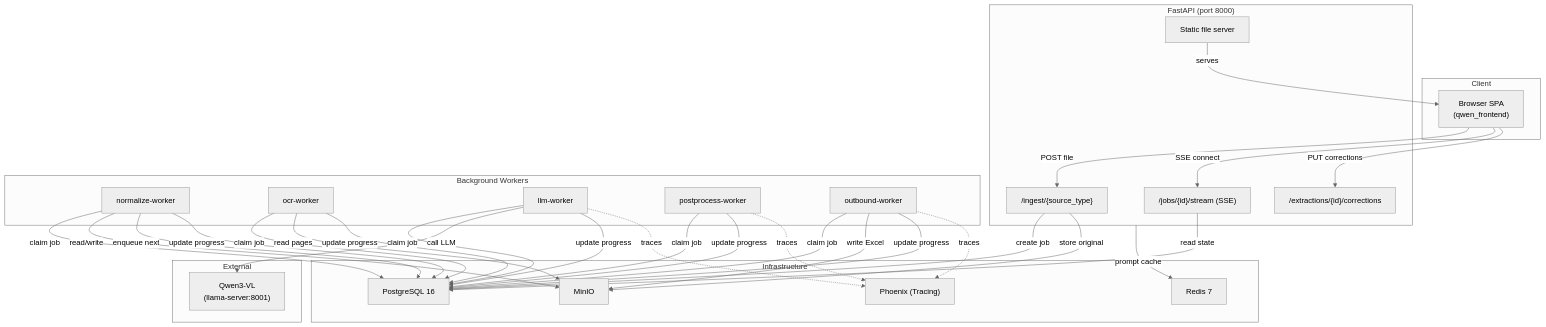
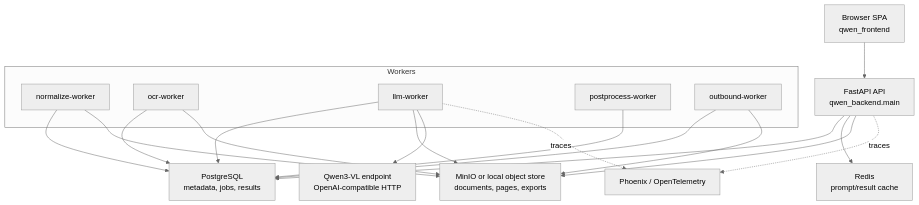
One commit to DeepakG-ai/Augemented_OCR_PaddleOCR_VL changed the first of 8 diagrams in spec.md. Above: the diagram before and after it, drawn with Mermaid (neutral theme). The commit also changed other lines of this file and 16 other files, not shown here.

````diff
--- a/spec.md
+++ b/spec.md
@@ -43,56 +55,30 @@
 ```mermaid
 graph TB
-    subgraph Client
-        UI["Browser SPA<br/>(qwen_frontend)"]
+    UI["Browser SPA<br/>qwen_frontend"] --> API["FastAPI API<br/>qwen_backend.main"]
+    API --> PG["PostgreSQL<br/>metadata, jobs, results"]
+    API --> RD["Redis<br/>prompt/result cache"]
+    API --> MN["MinIO or local object store<br/>documents, pages, exports"]
+
+    subgraph Workers
+        NW["normalize-worker"]
+        OW["ocr-worker"]
+        LW["llm-worker"]
+        PW["postprocess-worker"]
+        XW["outbound-worker"]
     end
 
-    subgraph API["FastAPI (port 8000)"]
-        INGEST["/ingest/{source_type}"]
-        STREAM["/jobs/{id}/stream (SSE)"]
-        REVIEW["/extractions/{id}/corrections"]
-        STATIC["Static file server"]
-    end
+    NW --> PG
+    OW --> PG
+    LW --> PG
+    PW --> PG
+    XW --> PG
 
-    subgraph Workers["Background Workers"]
-        W1["normalize-worker"]
-        W2["ocr-worker"]
-        W3["llm-worker"]
-        W4["postprocess-worker"]
-        W5["outbound-worker"]
-    end
+    NW --> MN
+    OW --> MN
+    LW --> MN
+    XW --> MN
 
-    subgraph Infrastructure
-        PG["PostgreSQL 16"]
-        RD["Redis 7"]
-        MN["MinIO"]
-        PX["Phoenix (Tracing)"]
-    end
-
-    subgraph External
-        LLM["Qwen3-VL<br/>(llama-server:8001)"]
-    end
-
-    UI -->|"POST file"| INGEST
-    UI -->|"SSE connect"| STREAM
-    UI -->|"PUT corrections"| REVIEW
-    STATIC -->|"serves"| UI
-
-    INGEST -->|"create job"| PG
-    INGEST -->|"store original"| MN
-    STREAM -->|"read state"| PG
-
-    W1 -->|"claim job"| PG
-    W1 -->|"read/write"| MN
-    W1 -->|"enqueue next"| PG
-    W2 -->|"claim job"| PG
-    W2 -->|"read pages"| MN
-    W3 -->|"claim job"| PG
-    W3 -->|"call LLM"| LLM
-    W4 -->|"claim job"| PG
-    W5 -->|"claim job"| PG
-    W5 -->|"write Excel"| MN
-
-    W1 & W2 & W3 & W4 & W5 -->|"update progress"| PG
-    API -->|"prompt cache"| RD
-    W3 & W4 & W5 -.->|"traces"| PX
+    LW --> QWEN["Qwen3-VL endpoint<br/>OpenAI-compatible HTTP"]
+    API -. traces .-> PHX["Phoenix / OpenTelemetry"]
+    LW -. traces .-> PHX
 ```
````
